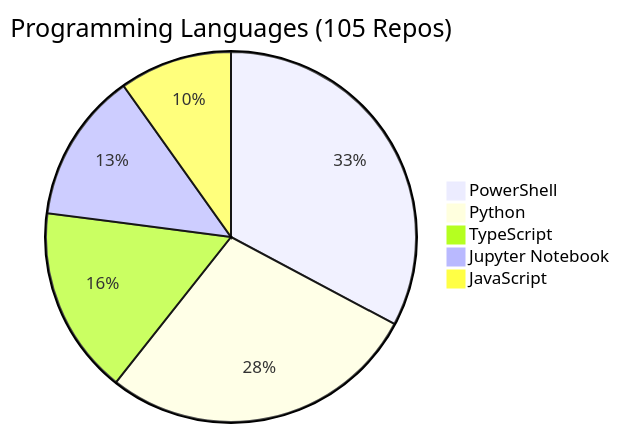
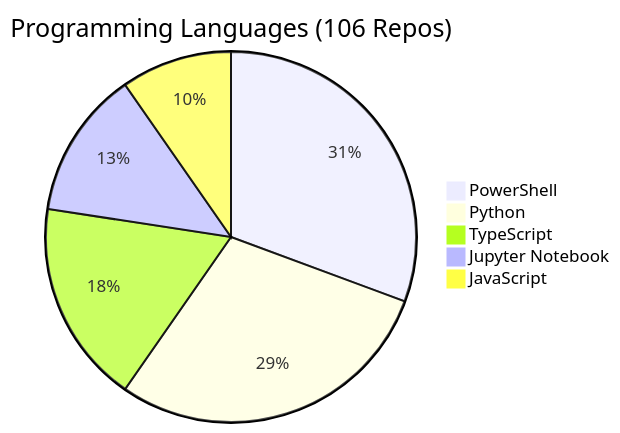
The diagram in REPOS.md (fabioc-aloha/fabioc-aloha), drawn with Mermaid before and after one commit. The commit also changed other lines of this file and 1 other file, not shown here.

````diff
--- a/REPOS.md
+++ b/REPOS.md
@@ -148,8 +149,8 @@
 ```mermaid
-pie title Programming Languages (105 Repos)
-    "PowerShell" : 20
-    "Python" : 17
-    "TypeScript" : 10
+pie title Programming Languages (106 Repos)
+    "PowerShell" : 19
+    "Python" : 18
+    "TypeScript" : 11
     "Jupyter Notebook" : 8
     "JavaScript" : 6
 ```
````
